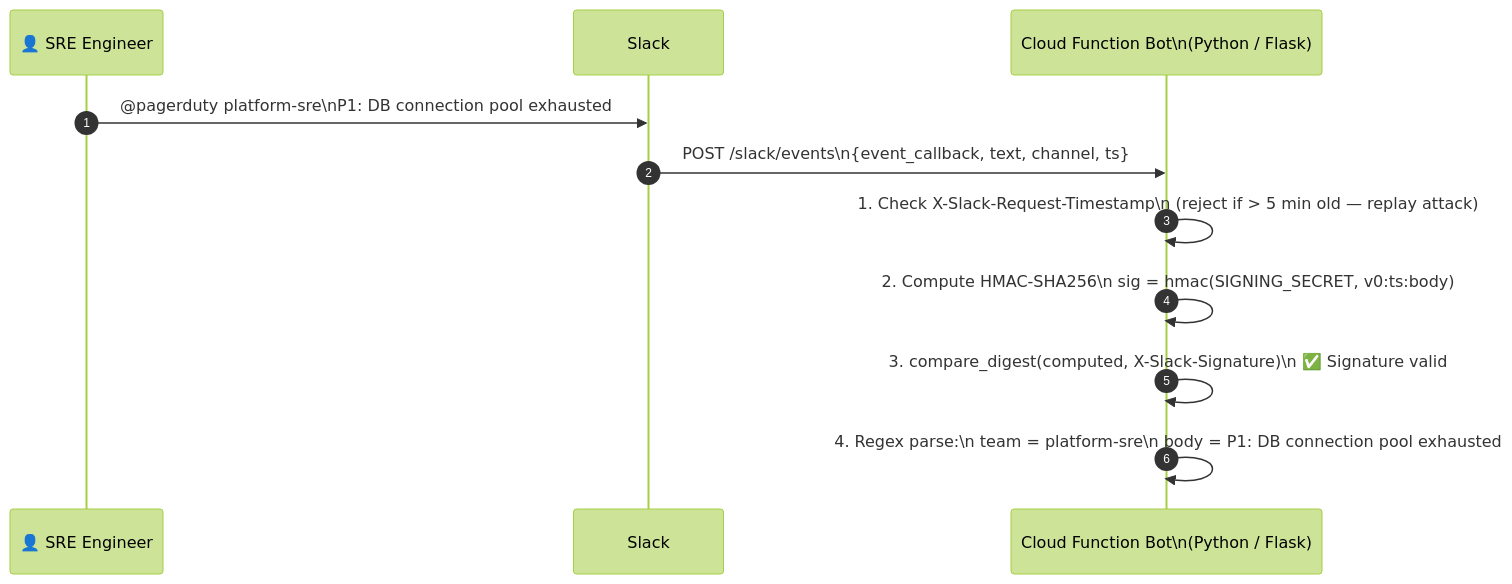
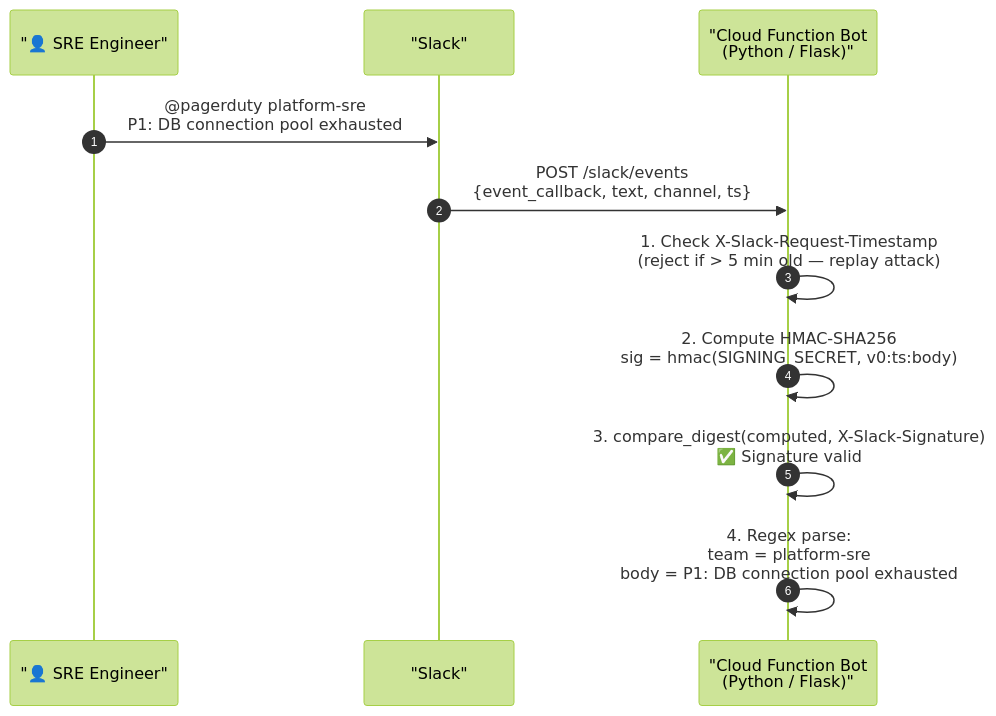
One commit to AravindKumarjoshi/devops-platform changed diagram 11 of 16 in mkdocs-devops-platform/docs/architecture-diagrams.md. Above: the diagram before and after it, drawn with Mermaid (forest theme). The commit also changed other lines of this file and 1 other file, not shown here.

Commit message:
fix: mermaid syntax errors (replace \n with <br> and quote aliases)

````diff
--- a/mkdocs-devops-platform/docs/architecture-diagrams.md
+++ b/mkdocs-devops-platform/docs/architecture-diagrams.md
@@ -338,14 +338,14 @@
     ```mermaid
     sequenceDiagram
         autonumber
-        participant ENG as 👤 SRE Engineer
-        participant SLACK as Slack
-        participant BOT as Cloud Function Bot\n(Python / Flask)
+        participant ENG as "👤 SRE Engineer"
+        participant SLACK as "Slack"
+        participant BOT as "Cloud Function Bot<br>(Python / Flask)"
 
-        ENG->>SLACK: @pagerduty platform-sre\nP1: DB connection pool exhausted
-        SLACK->>BOT: POST /slack/events\n{event_callback, text, channel, ts}
-        BOT->>BOT: 1. Check X-Slack-Request-Timestamp\n   (reject if > 5 min old — replay attack)
-        BOT->>BOT: 2. Compute HMAC-SHA256\n   sig = hmac(SIGNING_SECRET, v0:ts:body)
-        BOT->>BOT: 3. compare_digest(computed, X-Slack-Signature)\n   ✅ Signature valid
-        BOT->>BOT: 4. Regex parse:\n   team = platform-sre\n   body = P1: DB connection pool exhausted
+        ENG->>SLACK: @pagerduty platform-sre<br>P1: DB connection pool exhausted
+        SLACK->>BOT: POST /slack/events<br>{event_callback, text, channel, ts}
+        BOT->>BOT: 1. Check X-Slack-Request-Timestamp<br>   (reject if > 5 min old — replay attack)
+        BOT->>BOT: 2. Compute HMAC-SHA256<br>   sig = hmac(SIGNING_SECRET, v0:ts:body)
+        BOT->>BOT: 3. compare_digest(computed, X-Slack-Signature)<br>   ✅ Signature valid
+        BOT->>BOT: 4. Regex parse:<br>   team = platform-sre<br>   body = P1: DB connection pool exhausted
     ```
````
